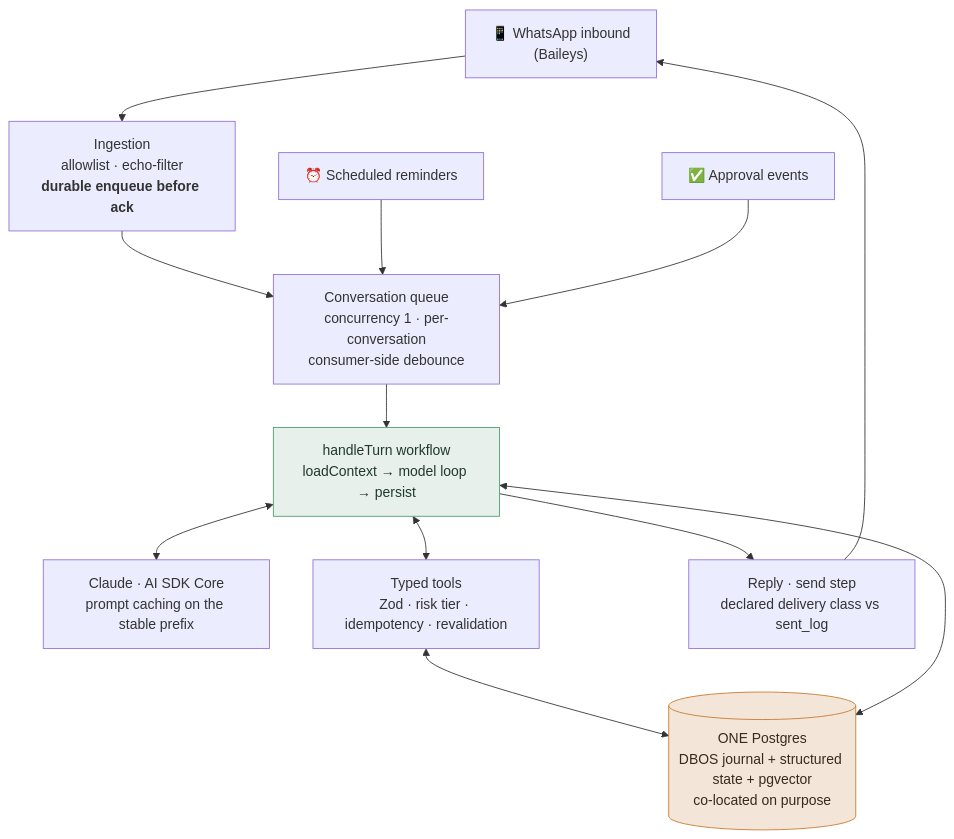
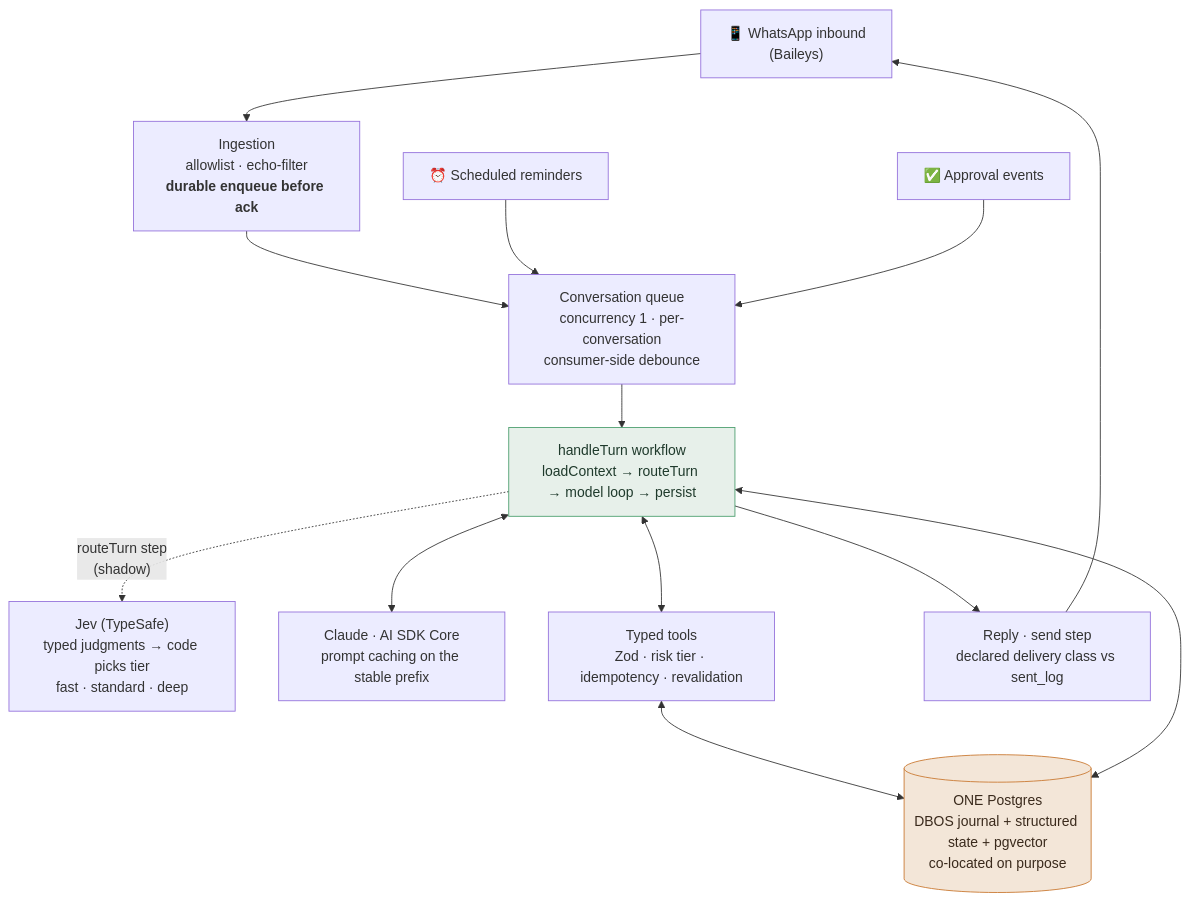
The first of 2 diagrams in README.md (shem86/ezra), drawn with Mermaid before and after one commit. The commit also changed other lines of this file, not shown here.

First line of the commit message:
docs(readme): add the Jev turn router (shadow, v2.4.0)

````diff
--- a/README.md
+++ b/README.md
@@ -195,29 +210,31 @@
 ```mermaid
 flowchart TB
   WA["📱 WhatsApp inbound<br/>(Baileys)"]
   SCHED["⏰ Scheduled reminders"]
   APPR["✅ Approval events"]
 
   ING["Ingestion<br/>allowlist · echo-filter<br/><b>durable enqueue before ack</b>"]
   Q["Conversation queue<br/>concurrency 1 · per-conversation<br/>consumer-side debounce"]
-  TURN["handleTurn workflow<br/>loadContext → model loop → persist"]
+  TURN["handleTurn workflow<br/>loadContext → routeTurn → model loop → persist"]
+  JEV["Jev (TypeSafe)<br/>typed judgments → code picks tier<br/>fast · standard · deep"]
   MODEL["Claude · AI SDK Core<br/>prompt caching on the stable prefix"]
   TOOLS["Typed tools<br/>Zod · risk tier · idempotency · revalidation"]
   REPLY["Reply · send step<br/>declared delivery class vs sent_log"]
   DB[("ONE Postgres<br/>DBOS journal + structured state + pgvector<br/>co-located on purpose")]
 
   WA --> ING --> Q
   SCHED --> Q
   APPR --> Q
   Q --> TURN
   TURN <--> MODEL
+  TURN -. "routeTurn step<br/>(shadow)" .-> JEV
   TURN <--> TOOLS
   TURN --> REPLY --> WA
   TOOLS <--> DB
   TURN <--> DB
 
   classDef store fill:#f3e6d8,stroke:#c9772f,color:#3a2a1c;
   classDef turn fill:#e7f0ea,stroke:#4a9e6d,color:#1f3a2c;
   class DB store;
   class TURN turn;
 ```
````
